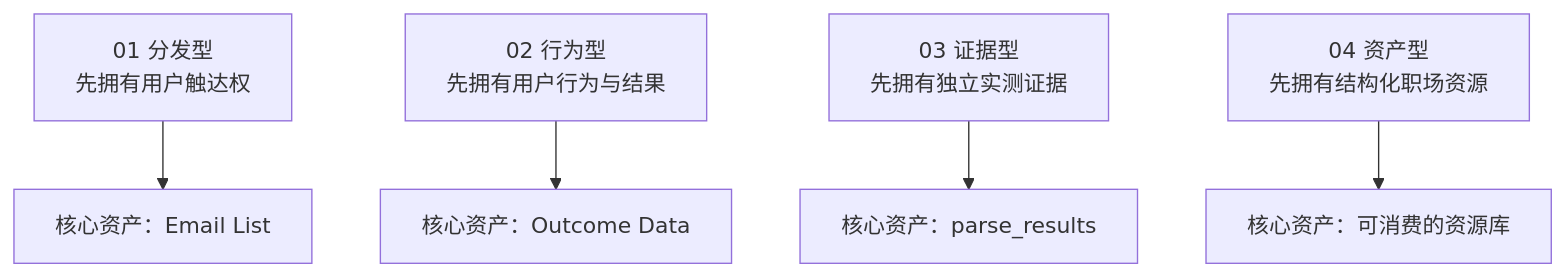
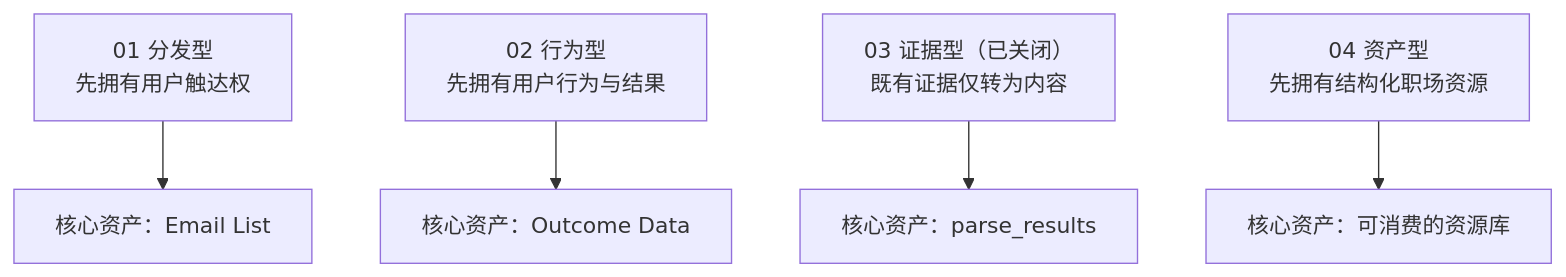
The diagram in projects/careerradar/strategy/_index.md (zhangnenghui339/second-brain), drawn with Mermaid before and after one commit. The commit also changed other lines of this file and 31 other files, not shown here.

````diff
--- a/projects/careerradar/strategy/_index.md
+++ b/projects/careerradar/strategy/_index.md
@@ -40,12 +40,12 @@
 ```mermaid
 flowchart TB
     A["01 分发型<br/>先拥有用户触达权"]
     B["02 行为型<br/>先拥有用户行为与结果"]
-    C["03 证据型<br/>先拥有独立实测证据"]
+    C["03 证据型（已关闭）<br/>既有证据仅转为内容"]
     D["04 资产型<br/>先拥有结构化职场资源"]
 
     A --> A1["核心资产：Email List"]
     B --> B1["核心资产：Outcome Data"]
     C --> C1["核心资产：parse_results"]
     D --> D1["核心资产：可消费的资源库"]
 ```
````
